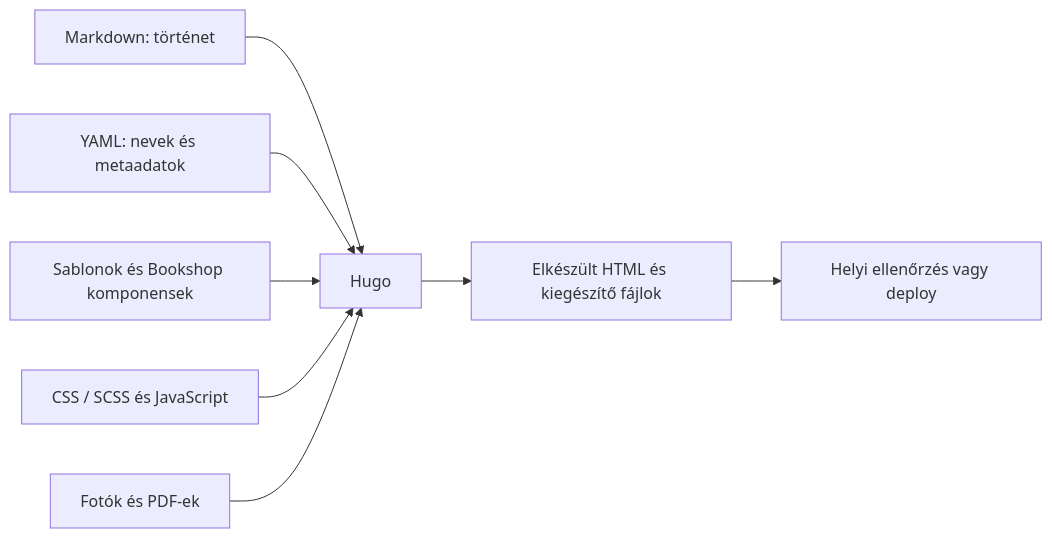
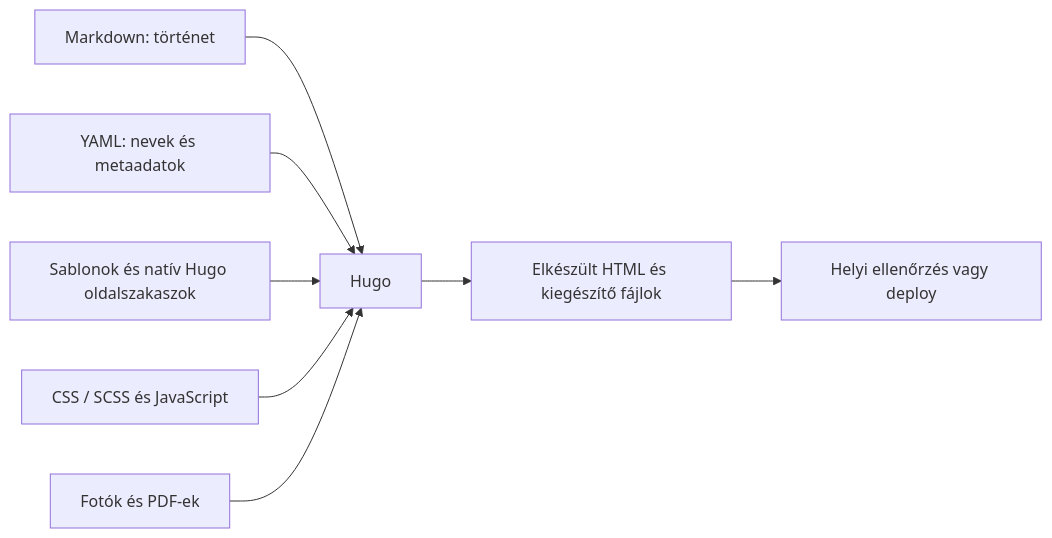
Before and after one commit to drexmahu/ftsk_site: the third of 7 diagrams in docs/ZERO_TO_HERO.md, drawn with Mermaid. The commit also changed other lines of this file and 252 other files, not shown here.

````diff
--- a/docs/ZERO_TO_HERO.md
+++ b/docs/ZERO_TO_HERO.md
@@ -219,10 +219,10 @@
 ```mermaid
 flowchart LR
     A["Markdown: történet"] --> H["Hugo"]
     B["YAML: nevek és metaadatok"] --> H
-    C["Sablonok és Bookshop komponensek"] --> H
+    C["Sablonok és natív Hugo oldalszakaszok"] --> H
     D["CSS / SCSS és JavaScript"] --> H
     E["Fotók és PDF-ek"] --> H
     H --> F["Elkészült HTML és kiegészítő fájlok"]
     F --> V["Helyi ellenőrzés vagy deploy"]
 ```
````
